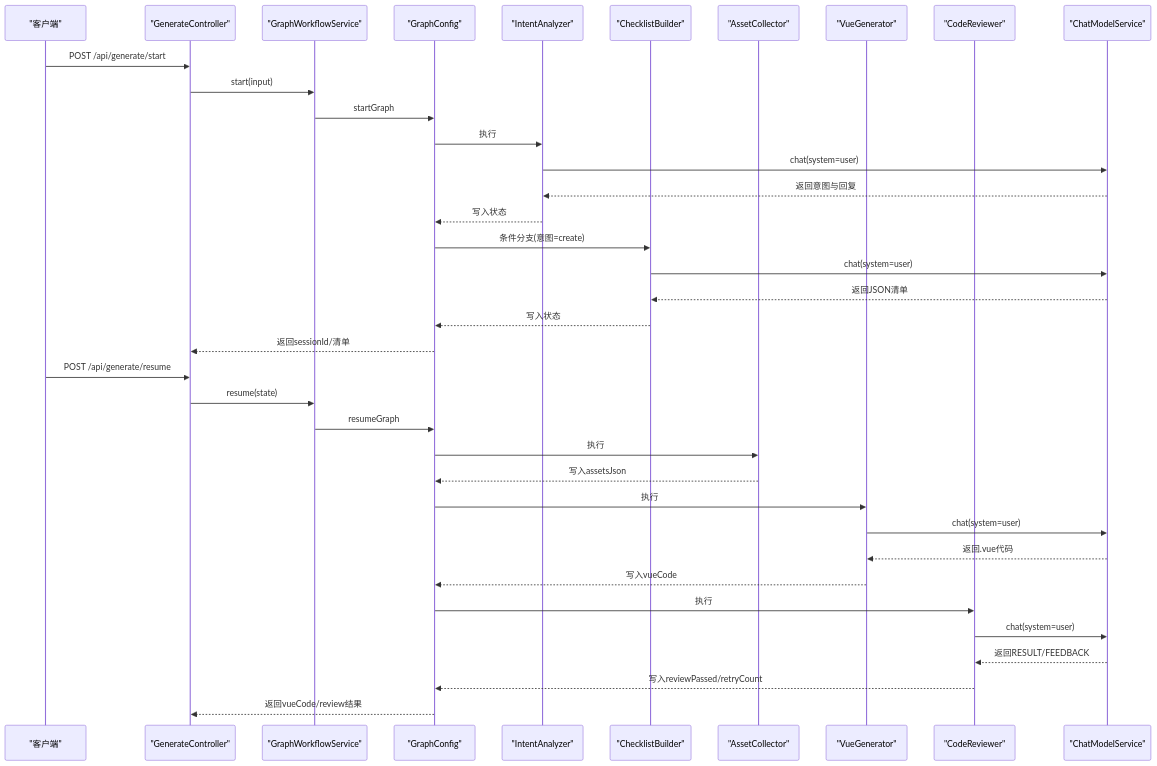
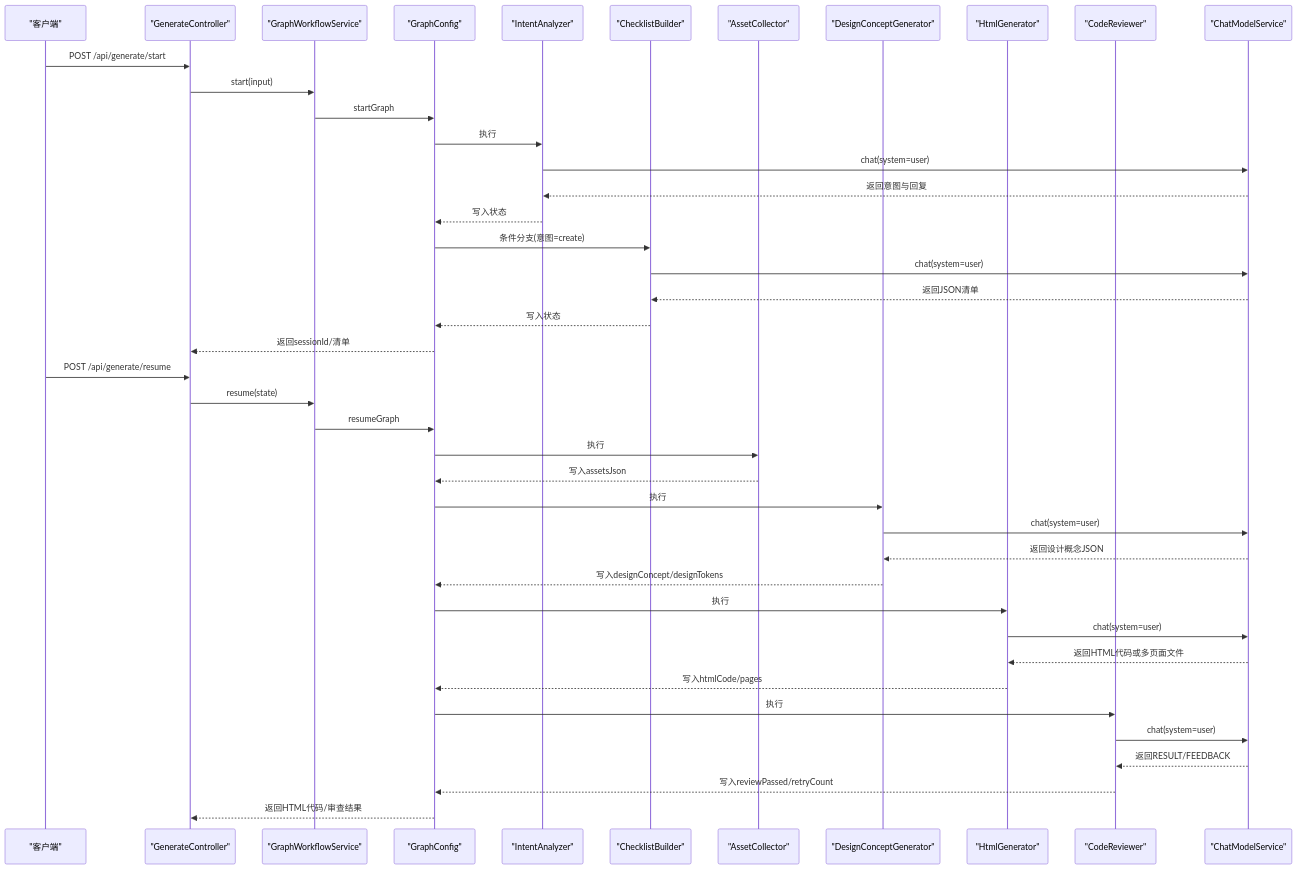
The second of 3 diagrams in .qoder/repowiki/zh/content/AI工作流系统/提示词工程.md (CyanYuKi/WebSiteFrontendCodeMother), drawn with Mermaid before and after one commit. The commit also changed other lines of this file and 12 other files, not shown here.

````diff
--- a/.qoder/repowiki/zh/content/AI工作流系统/提示词工程.md
+++ b/.qoder/repowiki/zh/content/AI工作流系统/提示词工程.md
@@ -140,39 +154,44 @@
 ```mermaid
 sequenceDiagram
 participant U as "客户端"
 participant C as "GenerateController"
 participant G as "GraphWorkflowService"
 participant GC as "GraphConfig"
 participant N1 as "IntentAnalyzer"
 participant N2 as "ChecklistBuilder"
 participant N3 as "AssetCollector"
-participant N4 as "VueGenerator"
-participant N5 as "CodeReviewer"
+participant N4 as "DesignConceptGenerator"
+participant N5 as "HtmlGenerator"
+participant N6 as "CodeReviewer"
 participant M as "ChatModelService"
 U->>C : POST /api/generate/start
 C->>G : start(input)
 G->>GC : startGraph
 GC->>N1 : 执行
 N1->>M : chat(system=user)
 M-->>N1 : 返回意图与回复
 N1-->>GC : 写入状态
 GC->>N2 : 条件分支(意图=create)
 N2->>M : chat(system=user)
 M-->>N2 : 返回JSON清单
 N2-->>GC : 写入状态
 GC-->>C : 返回sessionId/清单
 U->>C : POST /api/generate/resume
 C->>G : resume(state)
 G->>GC : resumeGraph
 GC->>N3 : 执行
 N3-->>GC : 写入assetsJson
 GC->>N4 : 执行
 N4->>M : chat(system=user)
-M-->>N4 : 返回.vue代码
-N4-->>GC : 写入vueCode
+M-->>N4 : 返回设计概念JSON
+N4-->>GC : 写入designConcept/designTokens
 GC->>N5 : 执行
 N5->>M : chat(system=user)
-M-->>N5 : 返回RESULT/FEEDBACK
-N5-->>GC : 写入reviewPassed/retryCount
-GC-->>C : 返回vueCode/review结果
+M-->>N5 : 返回HTML代码或多页面文件
+N5-->>GC : 写入htmlCode/pages
+GC->>N6 : 执行
+N6->>M : chat(system=user)
+M-->>N6 : 返回RESULT/FEEDBACK
+N6-->>GC : 写入reviewPassed/retryCount
+GC-->>C : 返回HTML代码/审查结果
 ```
````
